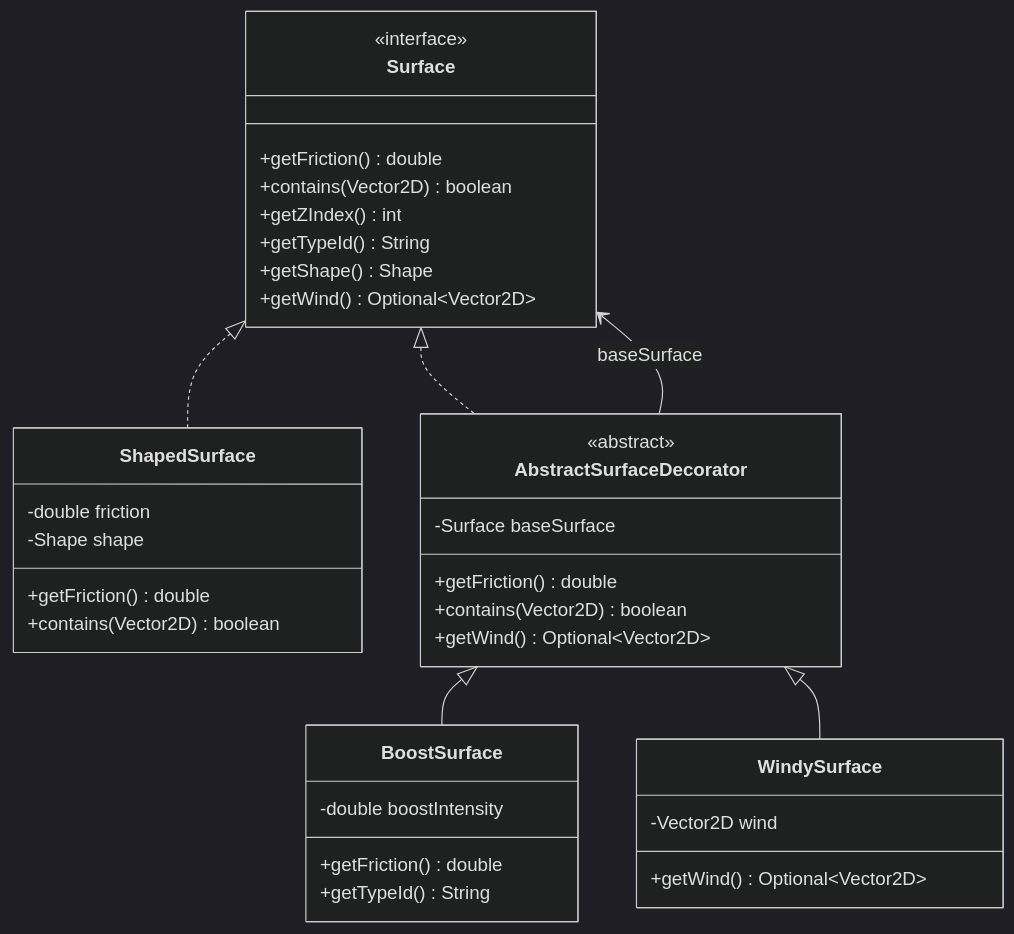
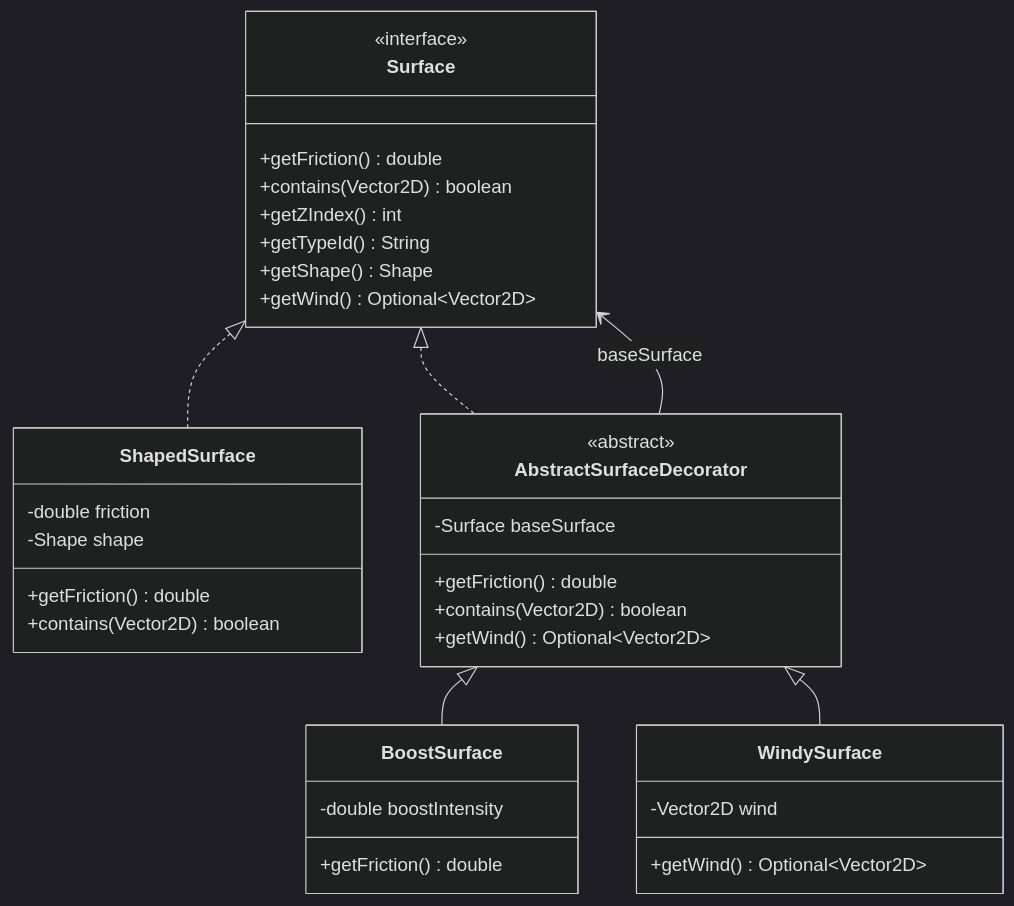
The first of 8 diagrams in notes/report/report.md (jjacomo/OOP25-mini-gOOlf), drawn with Mermaid (dark theme) before and after one commit. The commit also changed other lines of this file and 2 other files, not shown here.

````diff
--- a/notes/report/report.md
+++ b/notes/report/report.md
@@ -73,40 +73,39 @@
 ```mermaid
 classDiagram
     class Surface {
         <<interface>>
         +getFriction() double
         +contains(Vector2D) boolean
         +getZIndex() int
         +getTypeId() String
         +getShape() Shape
         +getWind() Optional~Vector2D~
     }
     class ShapedSurface {
         -double friction
         -Shape shape
         +getFriction() double
         +contains(Vector2D) boolean
     }
     class AbstractSurfaceDecorator {
         <<abstract>>
         -Surface baseSurface
         +getFriction() double
         +contains(Vector2D) boolean
         +getWind() Optional~Vector2D~
     }
     class BoostSurface {
         -double boostIntensity
         +getFriction() double
-        +getTypeId() String
     }
     class WindySurface {
         -Vector2D wind
         +getWind() Optional~Vector2D~
     }
 
     Surface <|.. ShapedSurface
     Surface <|.. AbstractSurfaceDecorator
     AbstractSurfaceDecorator --> Surface : baseSurface
     AbstractSurfaceDecorator <|-- BoostSurface
     AbstractSurfaceDecorator <|-- WindySurface
 ```
````
